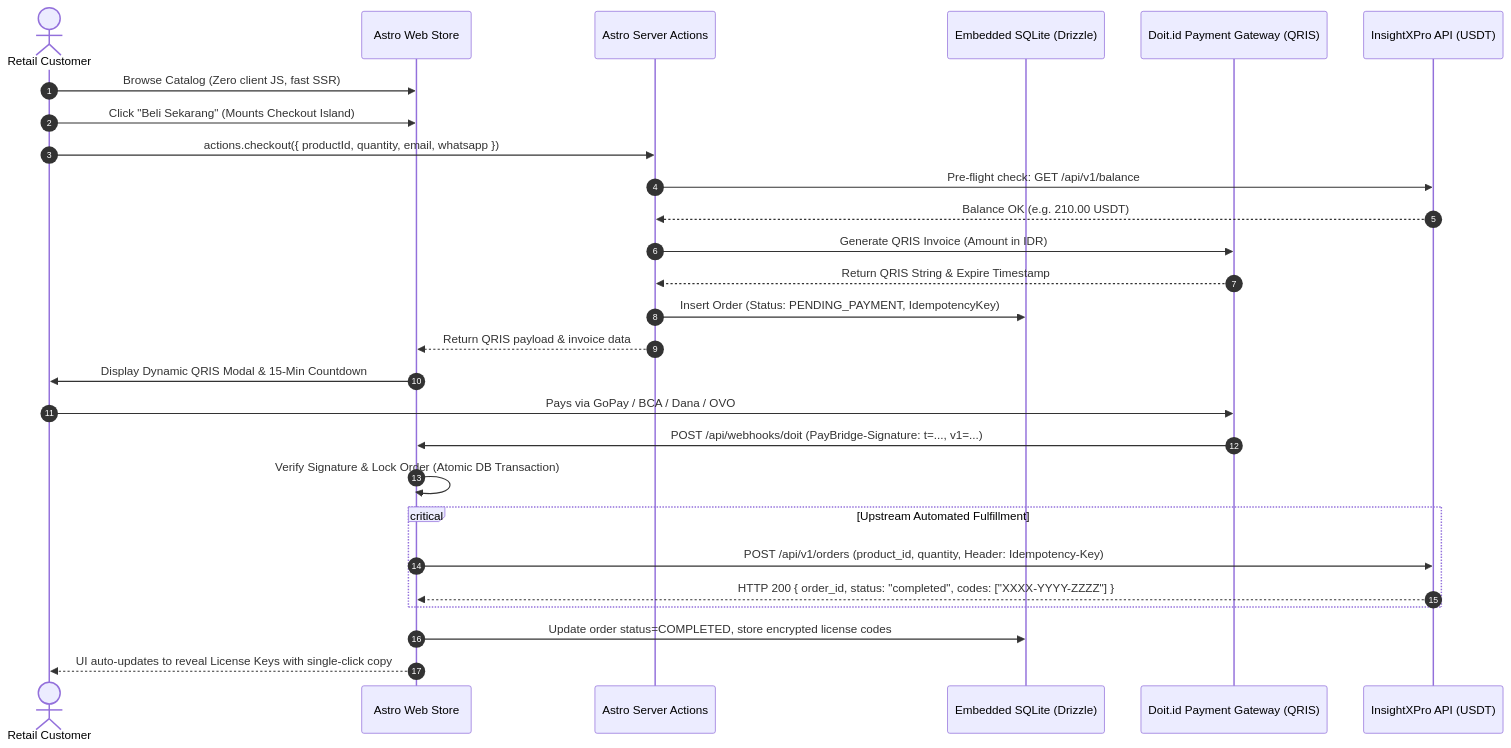
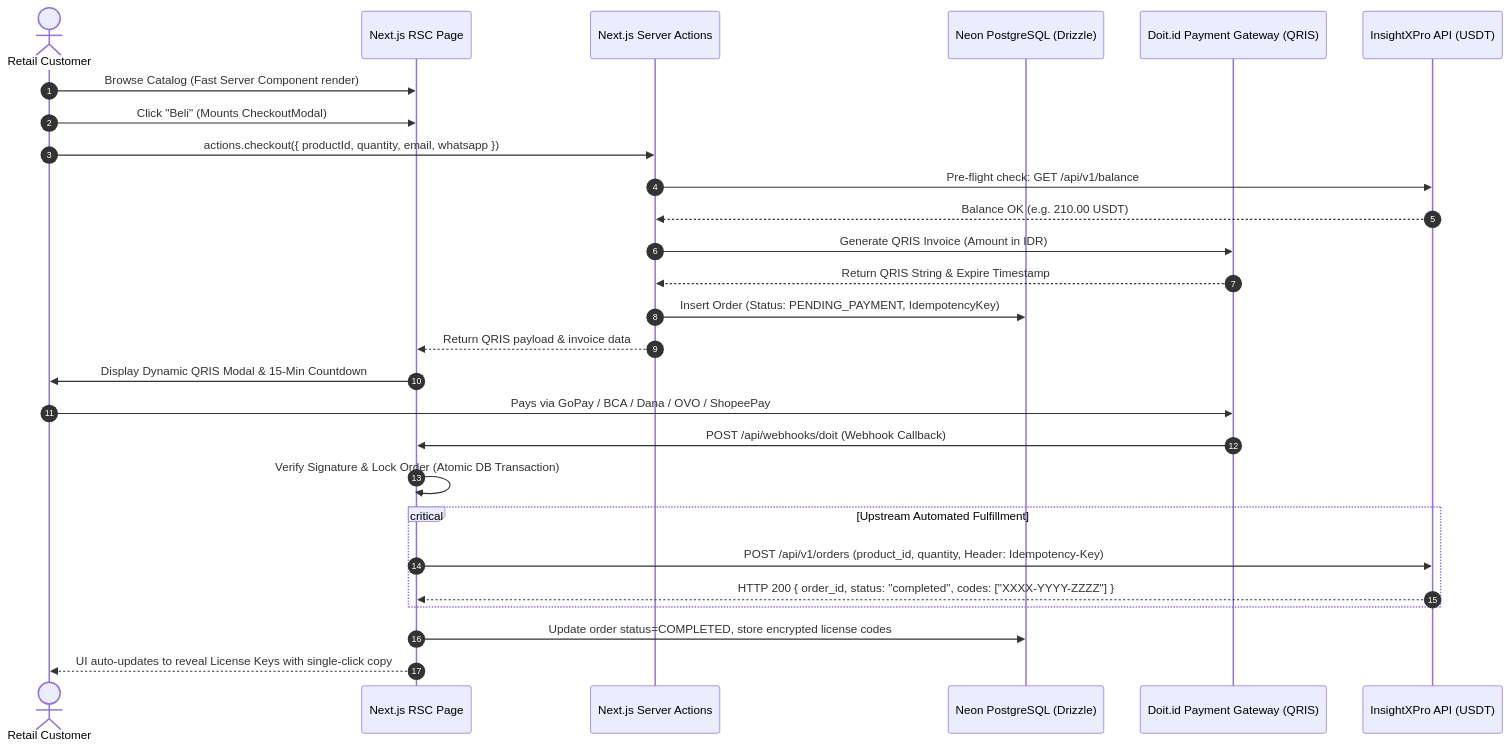
Before and after one commit to Tayen15/pixel-store: the second of 2 diagrams in docs/architect.md, drawn with Mermaid. The commit also changed other lines of this file and 76 other files, not shown here.

````diff
--- a/docs/architect.md
+++ b/docs/architect.md
@@ -53,33 +53,33 @@
 ```mermaid
 sequenceDiagram
     autonumber
     actor Customer as Retail Customer
-    participant Astro as Astro Web Store
-    participant Action as Astro Server Actions
-    participant DB as Embedded SQLite (Drizzle)
+    participant NextPage as Next.js RSC Page
+    participant Action as Next.js Server Actions
+    participant DB as Neon PostgreSQL (Drizzle)
     participant PG as Doit.id Payment Gateway (QRIS)
     participant Supplier as InsightXPro API (USDT)
 
-    Customer->>Astro: Browse Catalog (Zero client JS, fast SSR)
-    Customer->>Astro: Click "Beli Sekarang" (Mounts Checkout Island)
+    Customer->>NextPage: Browse Catalog (Fast Server Component render)
+    Customer->>NextPage: Click "Beli" (Mounts CheckoutModal)
     Customer->>Action: actions.checkout({ productId, quantity, email, whatsapp })
     Action->>Supplier: Pre-flight check: GET /api/v1/balance
     Supplier-->>Action: Balance OK (e.g. 210.00 USDT)
     Action->>PG: Generate QRIS Invoice (Amount in IDR)
     PG-->>Action: Return QRIS String & Expire Timestamp
     Action->>DB: Insert Order (Status: PENDING_PAYMENT, IdempotencyKey)
-    Action-->>Astro: Return QRIS payload & invoice data
+    Action-->>NextPage: Return QRIS payload & invoice data
     
-    Astro->>Customer: Display Dynamic QRIS Modal & 15-Min Countdown
-    Customer->>PG: Pays via GoPay / BCA / Dana / OVO
-    PG->>Astro: POST /api/webhooks/doit (PayBridge-Signature: t=..., v1=...)
-    Astro->>Astro: Verify Signature & Lock Order (Atomic DB Transaction)
+    NextPage->>Customer: Display Dynamic QRIS Modal & 15-Min Countdown
+    Customer->>PG: Pays via GoPay / BCA / Dana / OVO / ShopeePay
+    PG->>NextPage: POST /api/webhooks/doit (Webhook Callback)
+    NextPage->>NextPage: Verify Signature & Lock Order (Atomic DB Transaction)
     
     critical Upstream Automated Fulfillment
-        Astro->>Supplier: POST /api/v1/orders (product_id, quantity, Header: Idempotency-Key)
-        Supplier-->>Astro: HTTP 200 { order_id, status: "completed", codes: ["XXXX-YYYY-ZZZZ"] }
+        NextPage->>Supplier: POST /api/v1/orders (product_id, quantity, Header: Idempotency-Key)
+        Supplier-->>NextPage: HTTP 200 { order_id, status: "completed", codes: ["XXXX-YYYY-ZZZZ"] }
     end
 
-    Astro->>DB: Update order status=COMPLETED, store encrypted license codes
-    Astro-->>Customer: UI auto-updates to reveal License Keys with single-click copy
+    NextPage->>DB: Update order status=COMPLETED, store encrypted license codes
+    NextPage-->>Customer: UI auto-updates to reveal License Keys with single-click copy
 ```
````
